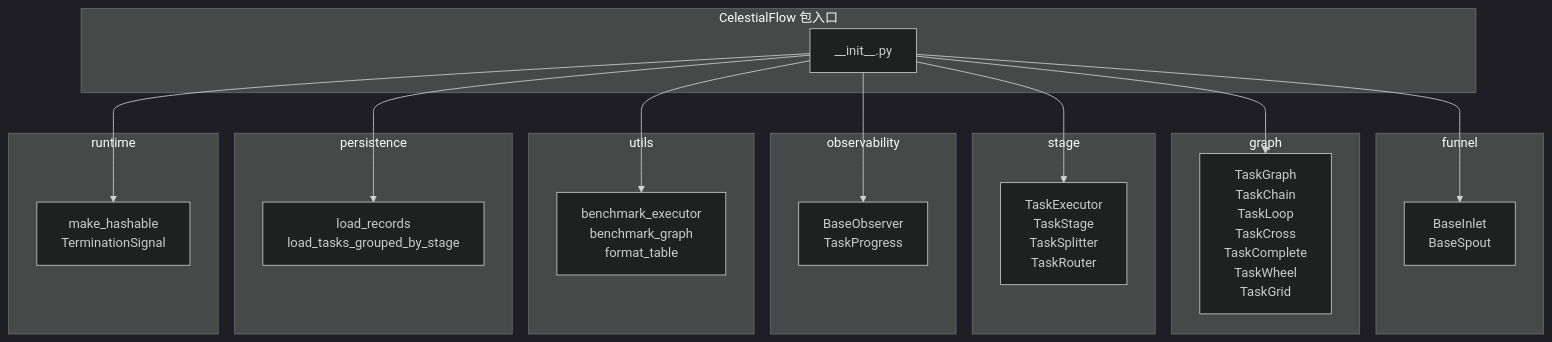
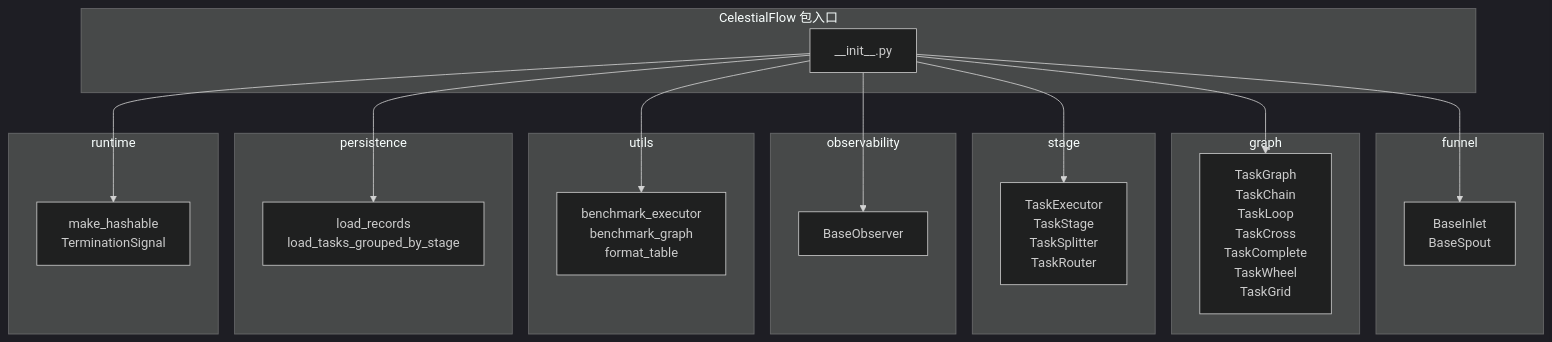
One commit to Mr-xiaotian/CelestialFlow changed the diagram in docs/zh-CN/src/__init__.md. Above: the diagram before and after it, drawn with Mermaid (dark theme). The commit also changed other lines of this file and 12 other files, not shown here.

````diff
--- a/docs/zh-CN/src/__init__.md
+++ b/docs/zh-CN/src/__init__.md
@@ -203,42 +201,42 @@
 ```mermaid
 graph TD
     subgraph "CelestialFlow 包入口"
         Init["__init__.py"]
     end
 
     subgraph funnel
         F["BaseInlet<br/>BaseSpout"]
     end
 
     subgraph graph
         G["TaskGraph<br/>TaskChain<br/>TaskLoop<br/>TaskCross<br/>TaskComplete<br/>TaskWheel<br/>TaskGrid"]
     end
 
     subgraph stage
         S["TaskExecutor<br/>TaskStage<br/>TaskSplitter<br/>TaskRouter"]
     end
 
     subgraph observability
-        O["BaseObserver<br/>TaskProgress"]
+        O["BaseObserver"]
     end
 
     subgraph utils
         U["benchmark_executor<br/>benchmark_graph<br/>format_table"]
     end
 
     subgraph persistence
         P["load_records<br/>load_tasks_grouped_by_stage"]
     end
 
     subgraph runtime
         R["make_hashable<br/>TerminationSignal"]
     end
 
     Init --> F
     Init --> G
     Init --> S
     Init --> O
     Init --> U
     Init --> P
     Init --> R
 ```
````
